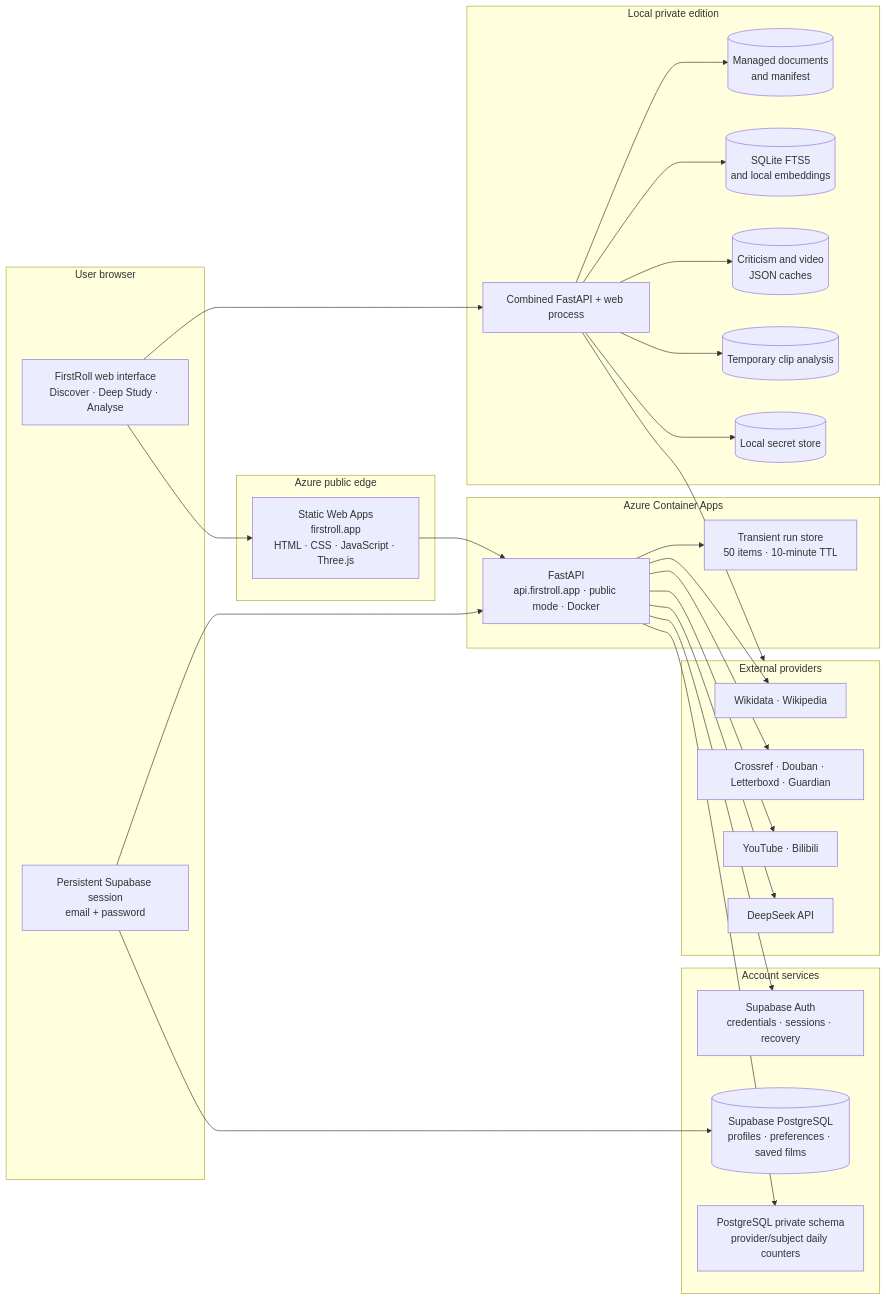
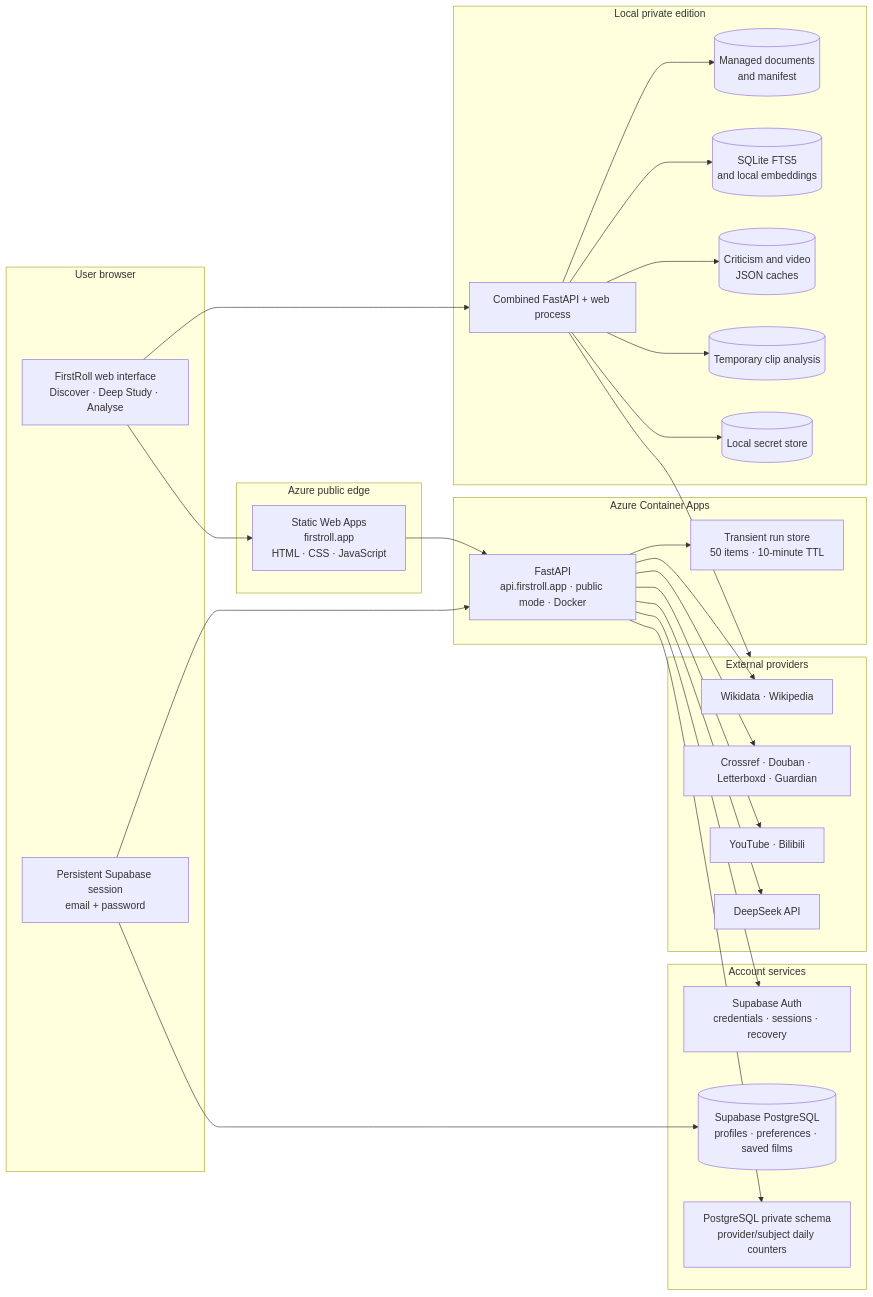
The first of 2 diagrams in docs/ARCHITECTURE.md (Luo-Z-Y/FirstRoll), drawn with Mermaid before and after one commit. The commit also changed other lines of this file and 20 other files, not shown here.

````diff
--- a/docs/ARCHITECTURE.md
+++ b/docs/ARCHITECTURE.md
@@ -12,58 +12,58 @@
 ```mermaid
 flowchart LR
     subgraph Browser["User browser"]
         UI["FirstRoll web interface<br/>Discover · Deep Study · Analyse"]
         Session["Persistent Supabase session<br/>email + password"]
     end
 
     subgraph Azure["Azure public edge"]
-        Static["Static Web Apps<br/>firstroll.app<br/>HTML · CSS · JavaScript · Three.js"]
+        Static["Static Web Apps<br/>firstroll.app<br/>HTML · CSS · JavaScript"]
     end
 
     subgraph ContainerApps["Azure Container Apps"]
         API["FastAPI<br/>api.firstroll.app · public mode · Docker"]
         Runs["Transient run store<br/>50 items · 10-minute TTL"]
     end
 
     subgraph AccountData["Account services"]
         Auth["Supabase Auth<br/>credentials · sessions · recovery"]
         UserData[("Supabase PostgreSQL<br/>profiles · preferences · saved films")]
         Quota["PostgreSQL private schema<br/>provider/subject daily counters"]
     end
 
     subgraph Local["Local private edition"]
         LocalAPI["Combined FastAPI + web process"]
         Library[("Managed documents<br/>and manifest")]
         Index[("SQLite FTS5<br/>and local embeddings")]
         Caches[("Criticism and video<br/>JSON caches")]
         Clips[("Temporary clip analysis")]
         Secrets[("Local secret store")]
     end
 
     subgraph Providers["External providers"]
         FilmData["Wikidata · Wikipedia"]
         Criticism["Crossref · Douban · Letterboxd · Guardian"]
         Video["YouTube · Bilibili"]
         DeepSeek["DeepSeek API"]
     end
 
     UI --> Static
     Static --> API
     Session --> API
     API --> Auth
     Session --> UserData
     API --> Quota
     API --> Runs
     API --> FilmData
     API --> Criticism
     API --> Video
     API --> DeepSeek
 
     UI --> LocalAPI
     LocalAPI --> Library
     LocalAPI --> Index
     LocalAPI --> Caches
     LocalAPI --> Clips
     LocalAPI --> Secrets
     LocalAPI --> Providers
 ```
````
